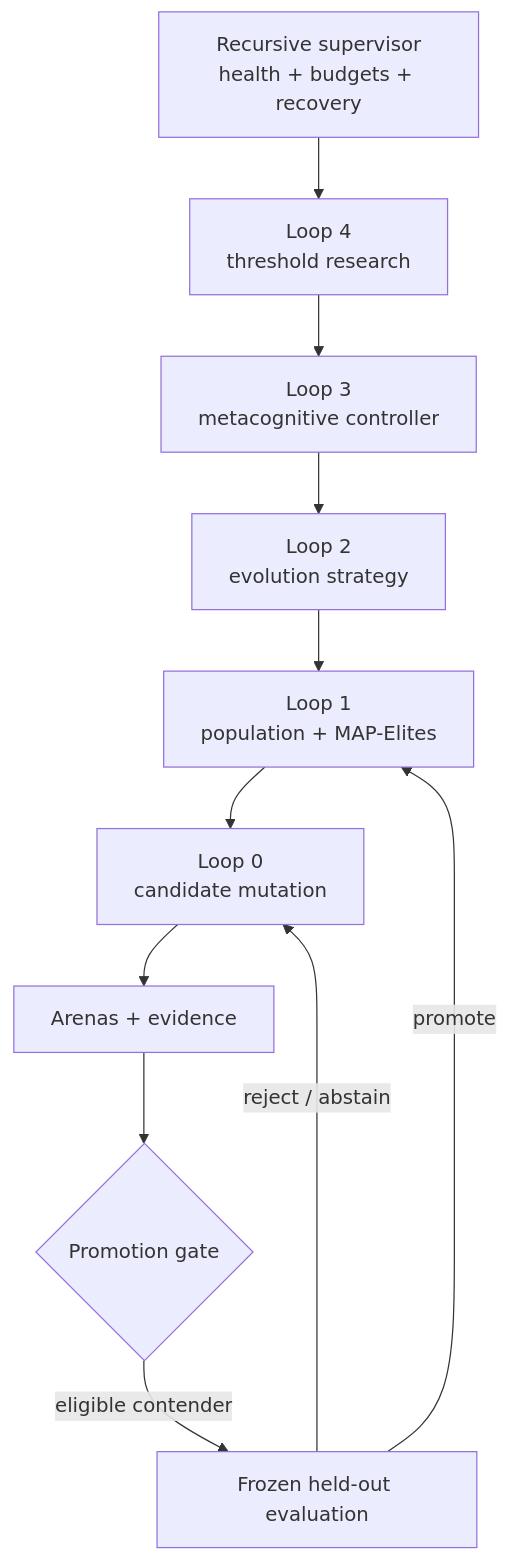
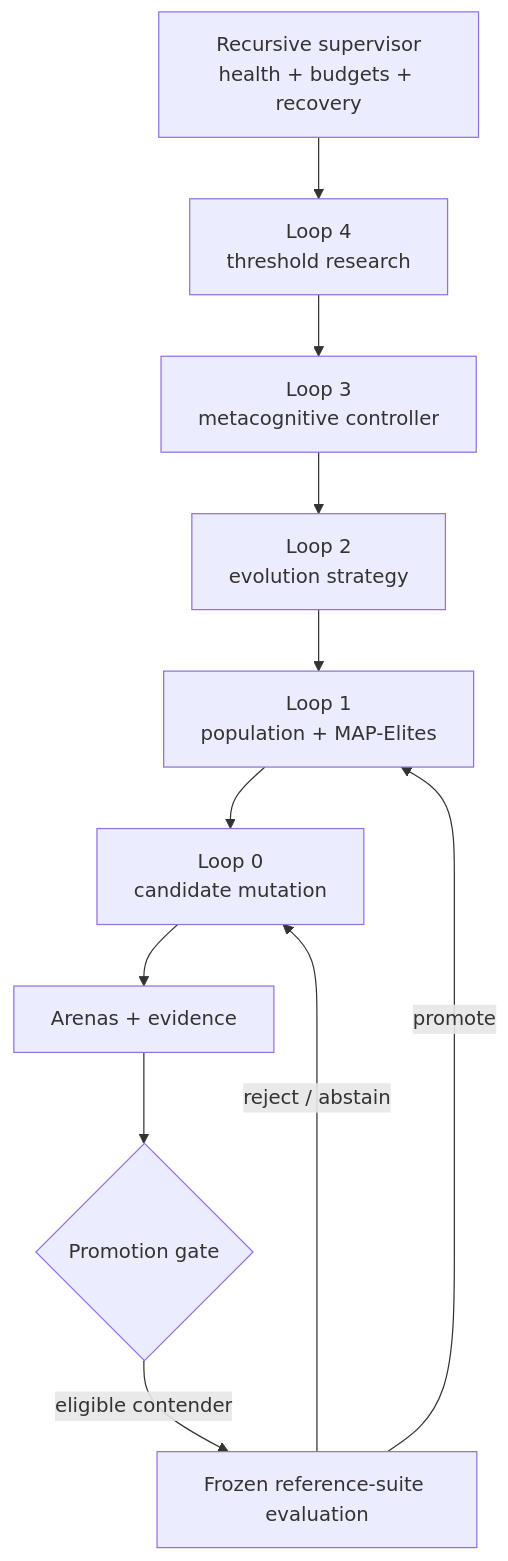
One commit to ObtuseAI/doofus changed the second of 4 diagrams in README.md. Above: the diagram before and after it, drawn with Mermaid. The commit also changed other lines of this file, not shown here.

````diff
--- a/README.md
+++ b/README.md
@@ -85,23 +103,23 @@
 ```mermaid
 flowchart TB
     SUP["Recursive supervisor<br/>health + budgets + recovery"]
     META2["Loop 4<br/>threshold research"]
     META1["Loop 3<br/>metacognitive controller"]
     STRATEGY["Loop 2<br/>evolution strategy"]
     ARCHIVE["Loop 1<br/>population + MAP-Elites"]
     CANDIDATE["Loop 0<br/>candidate mutation"]
     SCORE["Arenas + evidence"]
-    HOLDOUT["Frozen held-out evaluation"]
+    HOLDOUT["Frozen reference-suite evaluation"]
     GATE{"Promotion gate"}
 
     SUP --> META2
     META2 --> META1
     META1 --> STRATEGY
     STRATEGY --> ARCHIVE
     ARCHIVE --> CANDIDATE
     CANDIDATE --> SCORE
     SCORE --> GATE
     GATE -->|"eligible contender"| HOLDOUT
     HOLDOUT -->|"promote"| ARCHIVE
     HOLDOUT -->|"reject / abstain"| CANDIDATE
 ```
````
